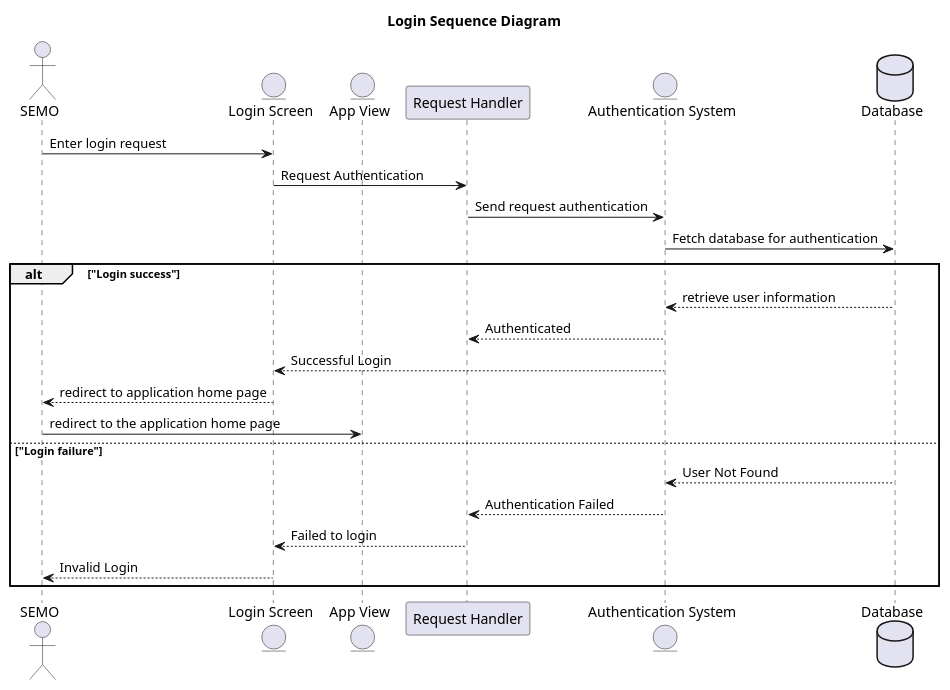
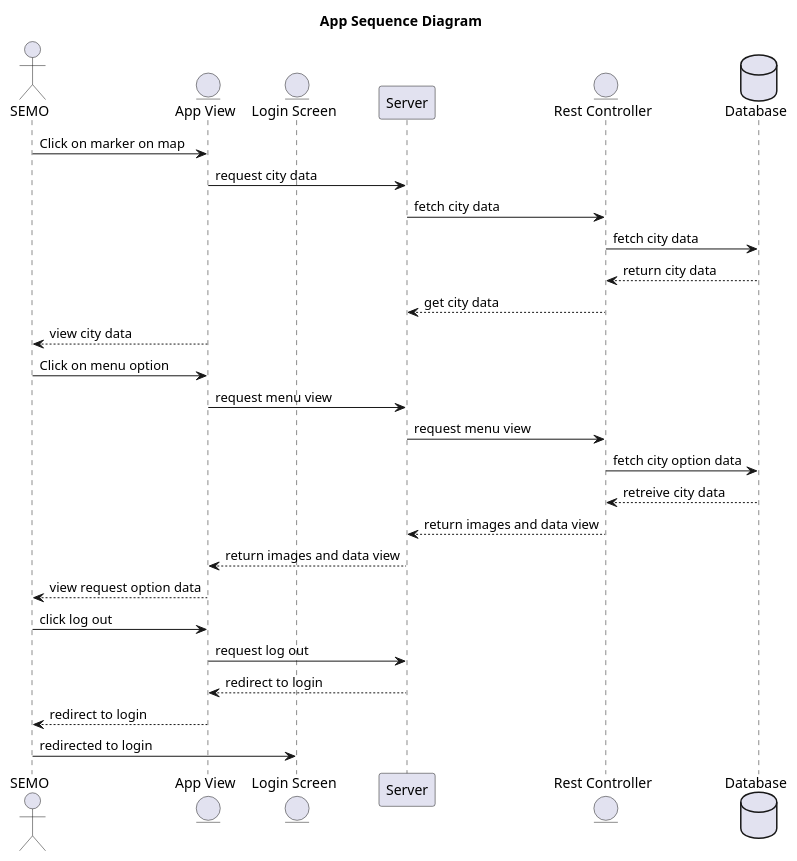
The diagram in diagrams/App Sequence Diagram.puml (AhmedBakrXI/Traveller-Planner), drawn with PlantUML before and after one commit. The commit also changed 1 other file, not shown here.

Commit message:
Added Diagrams

```diff
--- a/diagrams/App Sequence Diagram.puml
+++ b/diagrams/App Sequence Diagram.puml
@@ -1,35 +1,40 @@
-@startuml
+@startuml "App"
 
 ' autonumber
 
-title "Login Sequence Diagram"
+title "App Sequence Diagram"
 
 actor "SEMO" as user
 
+
+entity "App View" as app
 entity "Login Screen" as login
-entity "App View" as app
-participant "Request Handler" as request
-entity "Authentication System" as auth
+participant "Server" as request
+entity "Rest Controller" as rest
 
 database Database as db
 
 
-user -> login: Enter login request
-login -> request: Request Authentication
-request -> auth: Send request authentication
-auth -> db: Fetch database for authentication
+user -> app: Click on marker on map
+app -> request: request city data
+request -> rest: fetch city data
+rest -> db: fetch city data
+db --> rest: return city data
+rest --> request: get city data
+app --> user: view city data
 
-alt "Login success"
-    auth <-- db: retrieve user information
-    request <-- auth: Authenticated
-    auth --> login: Successful Login
-    login --> user: redirect to application home page
-    user -> app: redirect to the application home page
-else "Login failure"
-    db-->auth: User Not Found
-    auth --> request: Authentication Failed
-    request --> login: Failed to login
-    login --> user: Invalid Login
-end
+user -> app: Click on menu option
+app -> request: request menu view
+request -> rest: request menu view
+rest -> db: fetch city option data
+db --> rest: retreive city data
+rest --> request: return images and data view
+request --> app: return images and data view
+app --> user: view request option data
 
+user -> app: click log out
+app -> request: request log out
+request --> app: redirect to login
+app --> user: redirect to login
+user -> login: redirected to login
 @enduml
```
